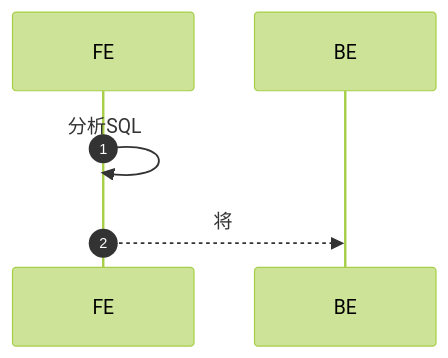
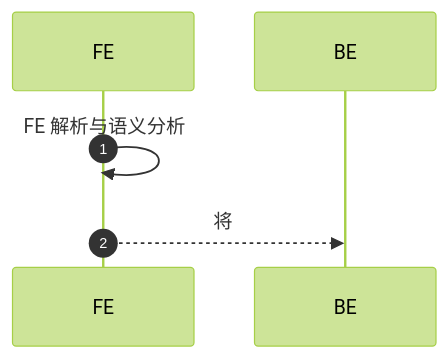
Before and after one commit to HY-10-8/iodraw-files: the diagram in all/Doris-写入数据.md, drawn with Mermaid (forest theme).

Commit message:
2026-04-22 17:12:36 update

````diff
--- a/all/Doris-写入数据.md
+++ b/all/Doris-写入数据.md
@@ -1,10 +1,10 @@
 ```mermaid
 sequenceDiagram
     autonumber
 
     participant FE
     participant BE
 
-    FE->>FE: 分析SQL
+    FE->>FE: FE 解析与语义分析
     FE-->>BE: 将
 ```
````
